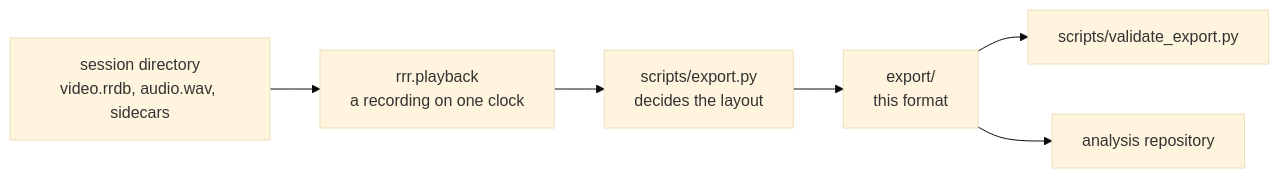
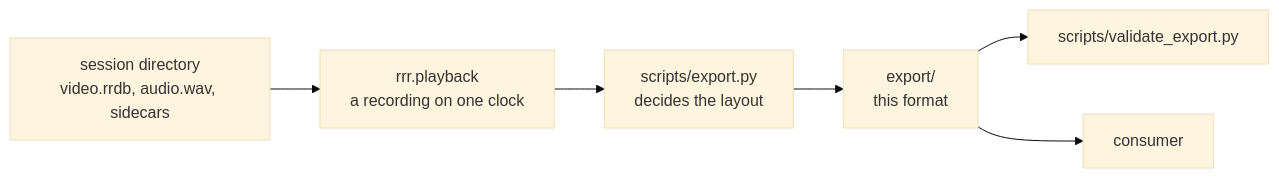
Before and after one commit to tkanek0/rererecorder: the diagram in docs/export-format.md, drawn with Mermaid (base theme). The commit also changed other lines of this file and 4 other files, not shown here.

Commit message:
Drop references to the analysis repository

````diff
--- a/docs/export-format.md
+++ b/docs/export-format.md
@@ -20,12 +20,12 @@
 ```mermaid
 flowchart LR
     S["session directory<br/>video.rrdb, audio.wav, sidecars"]
     P["rrr.playback<br/>a recording on one clock"]
     E["scripts/export.py<br/>decides the layout"]
     X["export/<br/>this format"]
     V["scripts/validate_export.py"]
-    A["analysis repository"]
+    A["consumer"]
     S --> P --> E --> X
     X --> V
     X --> A
 ```
````
